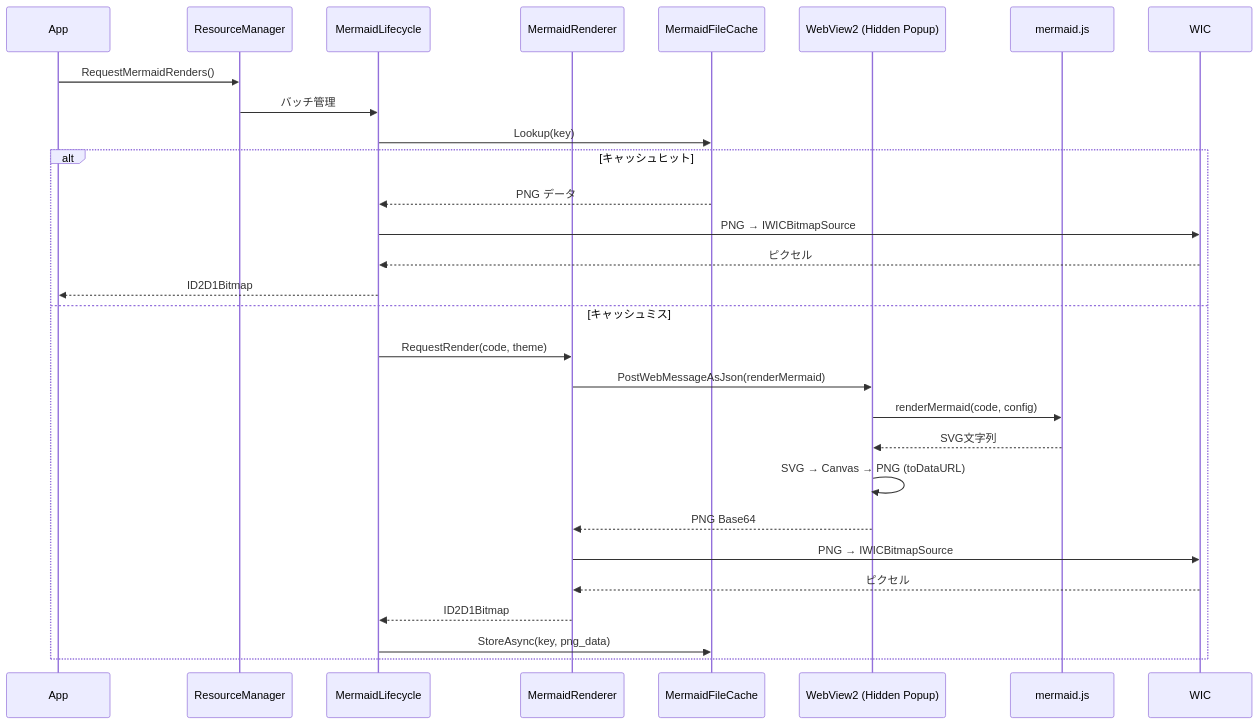
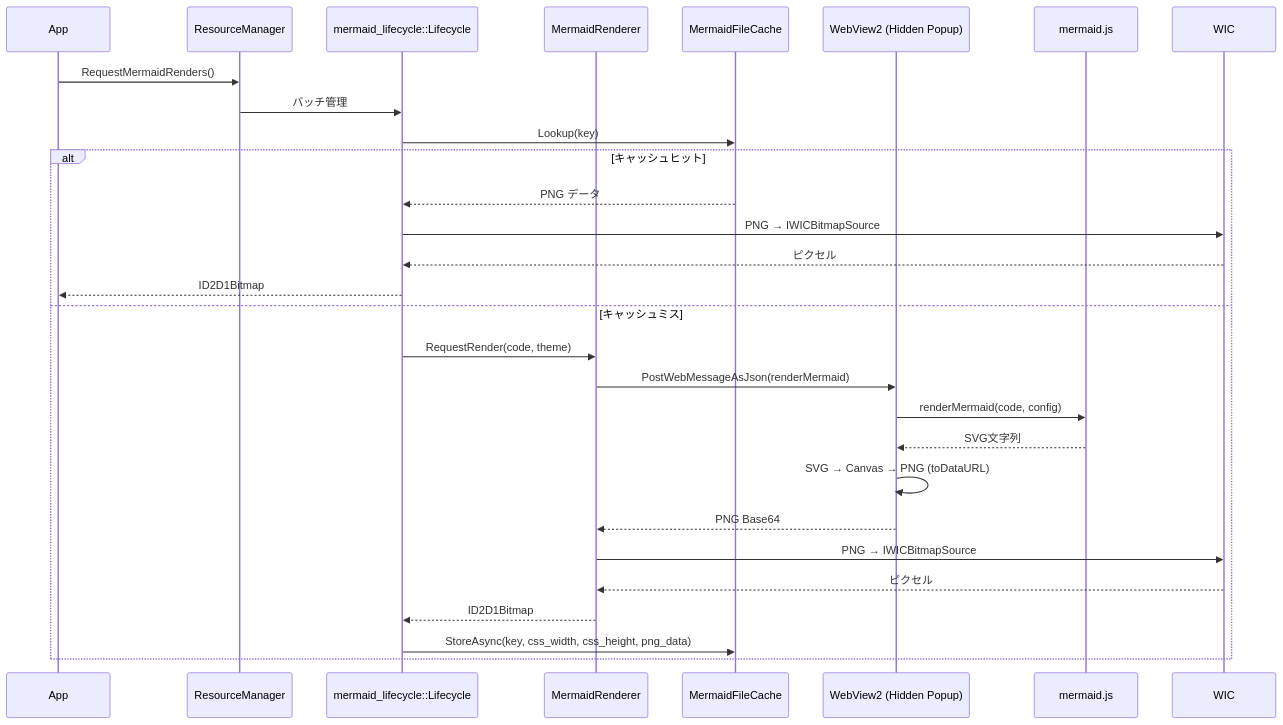
Diagram 11 of 27 in example/test.md (tanaton/mendo), drawn with Mermaid before and after one commit. The commit also changed other lines of this file, not shown here.

````diff
--- a/example/test.md
+++ b/example/test.md
@@ -1444,32 +1409,32 @@
 ```mermaid
 sequenceDiagram
     participant APP as App
     participant RM as ResourceManager
-    participant ML as MermaidLifecycle
+    participant ML as mermaid_lifecycle::Lifecycle
     participant MR as MermaidRenderer
     participant FC as MermaidFileCache
     participant WV as WebView2 (Hidden Popup)
     participant JS as mermaid.js
     participant WIC as WIC
 
     APP->>RM: RequestMermaidRenders()
     RM->>ML: バッチ管理
     ML->>FC: Lookup(key)
     alt キャッシュヒット
         FC-->>ML: PNG データ
         ML->>WIC: PNG → IWICBitmapSource
         WIC-->>ML: ピクセル
         ML-->>APP: ID2D1Bitmap
     else キャッシュミス
         ML->>MR: RequestRender(code, theme)
         MR->>WV: PostWebMessageAsJson(renderMermaid)
         WV->>JS: renderMermaid(code, config)
         JS-->>WV: SVG文字列
         WV->>WV: SVG → Canvas → PNG (toDataURL)
         WV-->>MR: PNG Base64
         MR->>WIC: PNG → IWICBitmapSource
         WIC-->>MR: ピクセル
         MR-->>ML: ID2D1Bitmap
-        ML->>FC: StoreAsync(key, png_data)
+        ML->>FC: StoreAsync(key, css_width, css_height, png_data)
     end
 ```
````
